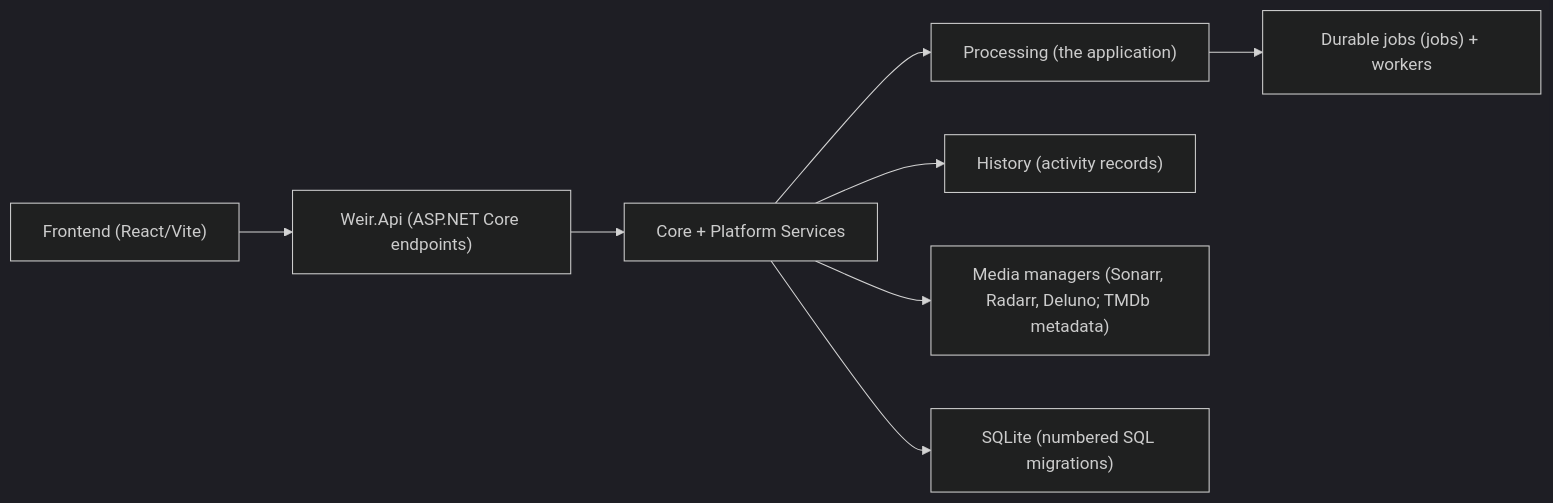
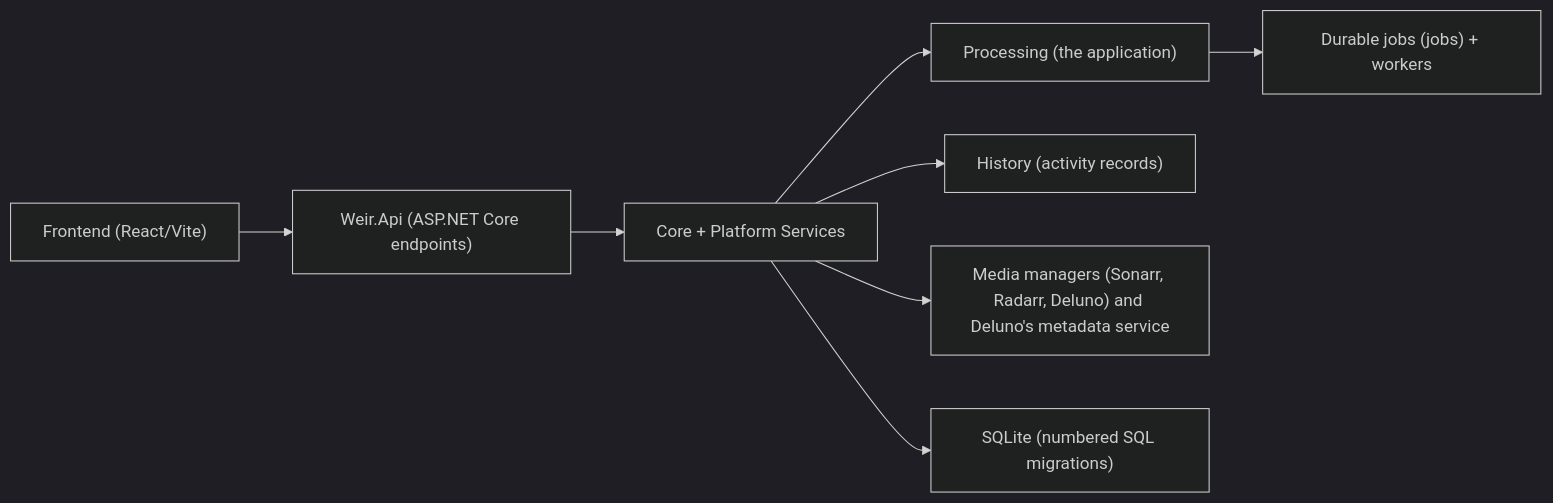
One commit to jampat000/Weir changed the first of 2 diagrams in ARCHITECTURE.md. Above: the diagram before and after it, drawn with Mermaid (dark theme). The commit also changed 7 other files, not shown here.

````diff
--- a/ARCHITECTURE.md
+++ b/ARCHITECTURE.md
@@ -51,10 +51,10 @@
 ```mermaid
 flowchart LR
   UI["Frontend (React/Vite)"] --> API["Weir.Api (ASP.NET Core endpoints)"]
   API --> Core["Core + Platform Services"]
   Core --> Processing["Processing (the application)"]
   Core --> History["History (activity records)"]
-  Core --> Integrations["Media managers (Sonarr, Radarr, Deluno; TMDb metadata)"]
+  Core --> Integrations["Media managers (Sonarr, Radarr, Deluno) and Deluno's metadata service"]
   Core --> DB["SQLite (numbered SQL migrations)"]
   Processing --> Jobs["Durable jobs (jobs) + workers"]
 ```
````
